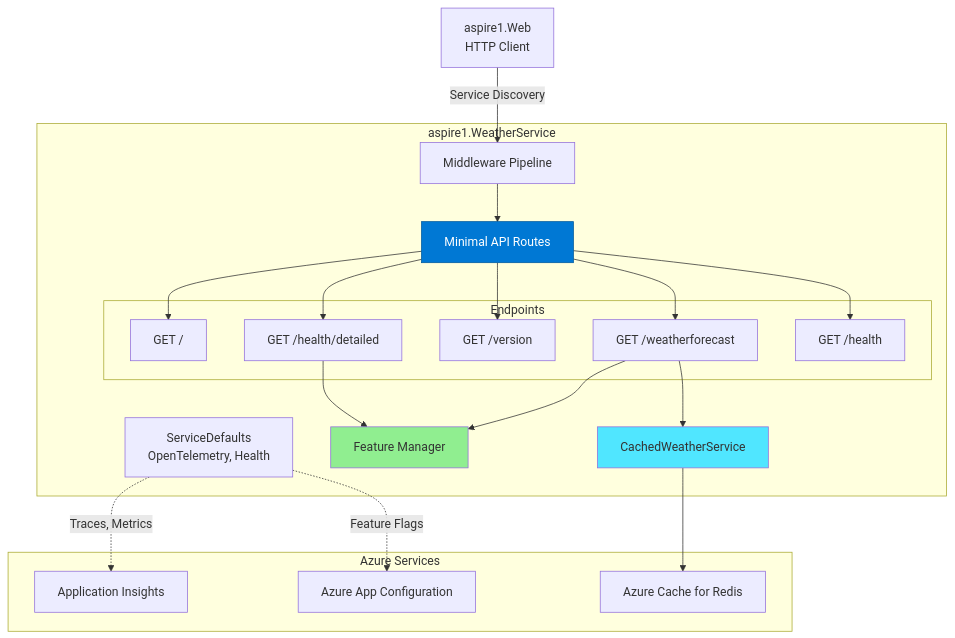
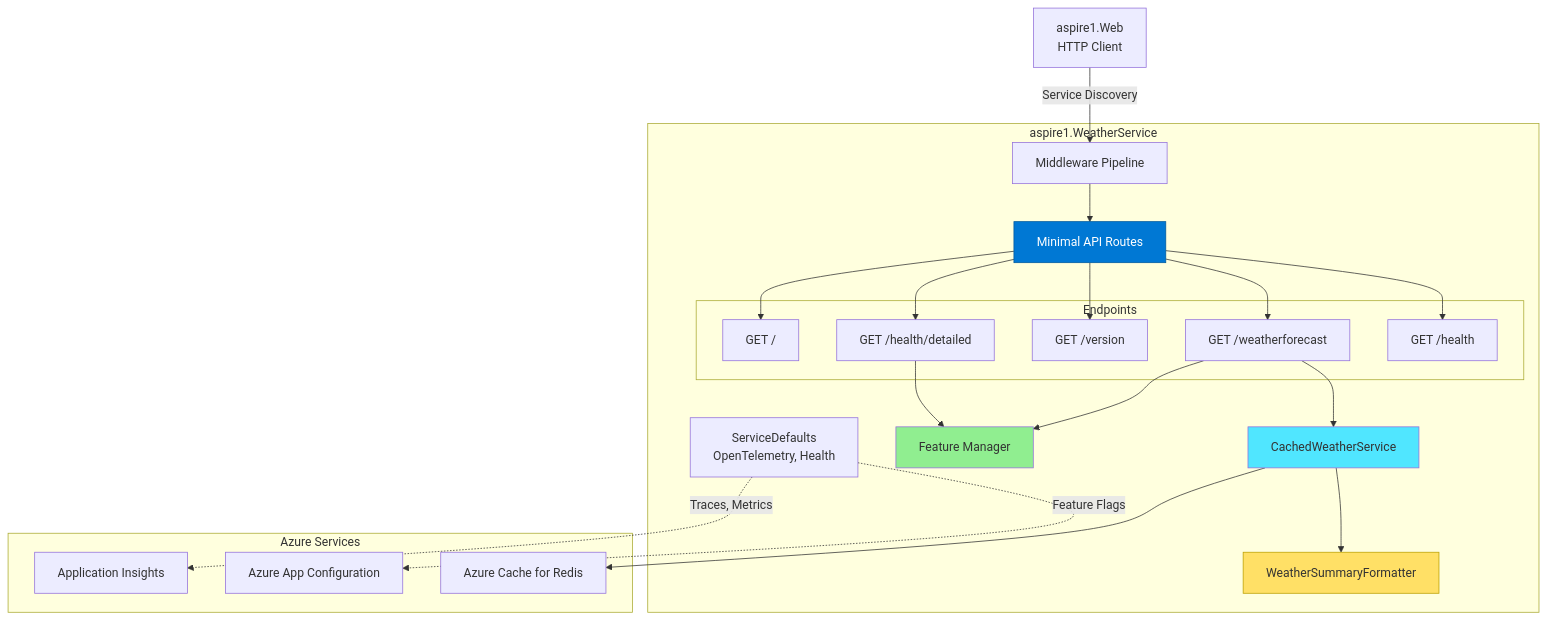
The first of 4 diagrams in aspire1.WeatherService/ARCHITECTURE.md (MSBart2/aspire1), drawn with Mermaid before and after one commit. The commit also changed other lines of this file and 1 other file, not shown here.

Commit message:
docs(WeatherService): add XML comments and fix stale 'Sunny' arch notes -- the formatter was documented, but apparently documentation was not 📚

````diff
--- a/aspire1.WeatherService/ARCHITECTURE.md
+++ b/aspire1.WeatherService/ARCHITECTURE.md
@@ -21,46 +21,49 @@
 ```mermaid
 graph TB
     Client[aspire1.Web<br/>HTTP Client]
 
     subgraph "aspire1.WeatherService"
         Middleware[Middleware Pipeline]
         Routes[Minimal API Routes]
         CachedService[CachedWeatherService]
+        Formatter[WeatherSummaryFormatter]
         FeatureFlags[Feature Manager]
         ServiceDefaults[ServiceDefaults<br/>OpenTelemetry, Health]
 
         subgraph "Endpoints"
             Root[GET /]
             Weather[GET /weatherforecast]
             Version[GET /version]
             HealthDetailed[GET /health/detailed]
             Health[GET /health]
         end
     end
 
     subgraph "Azure Services"
         AppInsights[Application Insights]
         AppConfig[Azure App Configuration]
         Redis[Azure Cache for Redis]
     end
 
     Client -->|Service Discovery| Middleware
     Middleware --> Routes
     Routes --> Root
     Routes --> Weather
     Routes --> Version
     Routes --> HealthDetailed
     Routes --> Health
     
     Weather --> FeatureFlags
     Weather --> CachedService
+    CachedService --> Formatter
     CachedService --> Redis
     HealthDetailed --> FeatureFlags
 
     ServiceDefaults -.->|Traces, Metrics| AppInsights
     ServiceDefaults -.->|Feature Flags| AppConfig
 
     style Routes fill:#0078d4,stroke:#005a9e,color:#fff
     style CachedService fill:#50e6ff
+    style Formatter fill:#ffe066,stroke:#bba000
     style FeatureFlags fill:#90EE90
 ```
````
